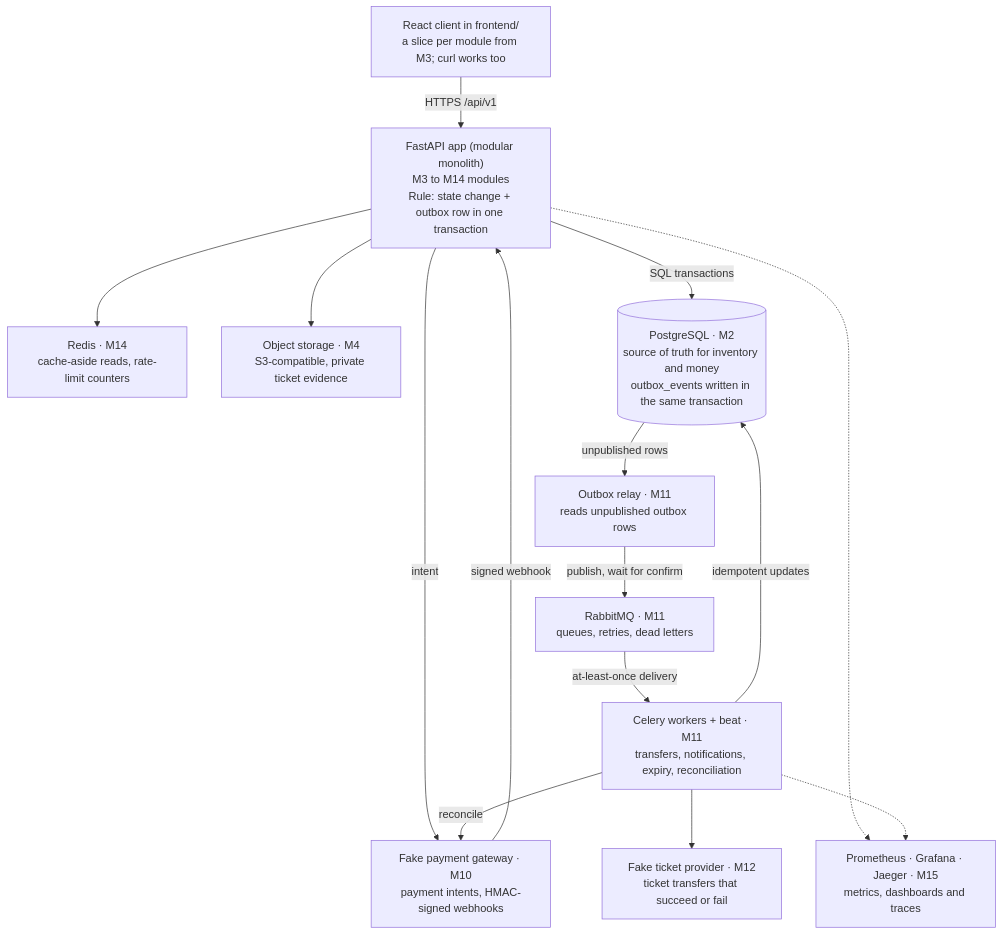
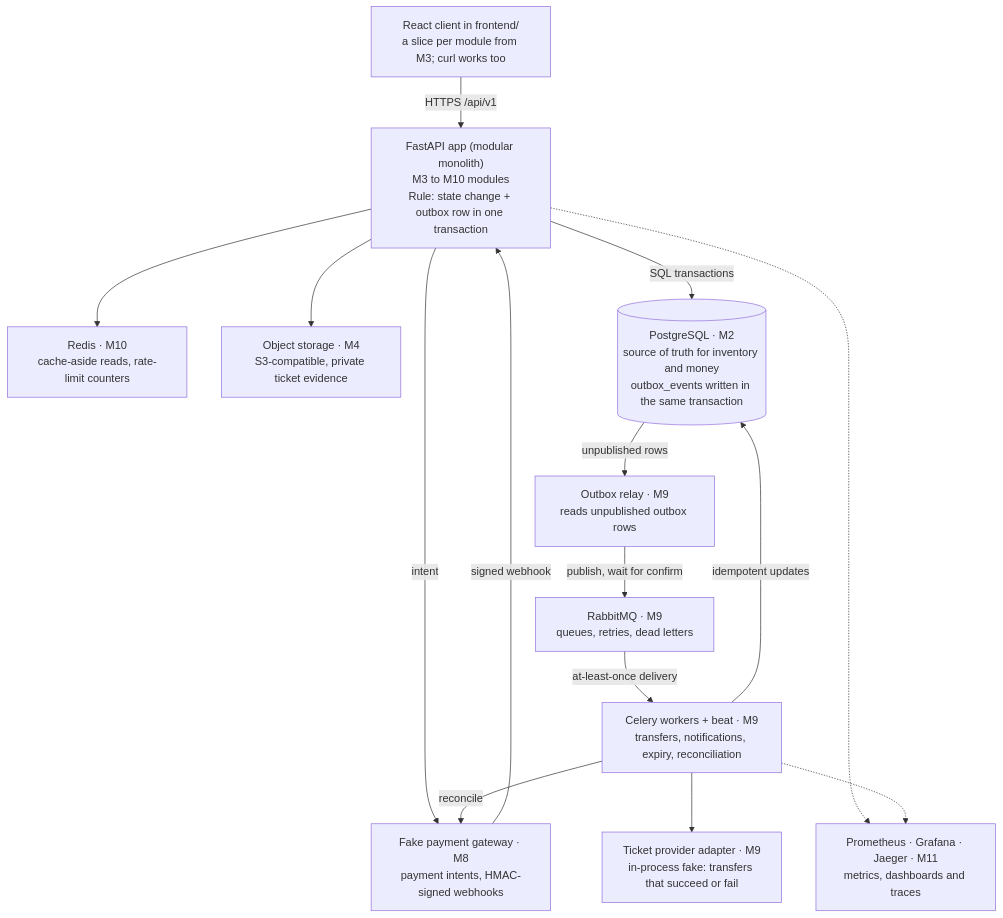
The diagram in build-and-learn-plan.md (asw-beep/TicketLoop), drawn with Mermaid before and after one commit. The commit also changed other lines of this file and 11 other files, not shown here.

First line of the commit message:
Plan: slim the roadmap to seven modules

````diff
--- a/build-and-learn-plan.md
+++ b/build-and-learn-plan.md
@@ -52,29 +52,29 @@
 ```mermaid
 flowchart TB
     client["React client in frontend/<br/>a slice per module from M3; curl works too"]
-    api["FastAPI app (modular monolith)<br/>M3 to M14 modules<br/>Rule: state change + outbox row in one transaction"]
-    gw["Fake payment gateway · M10<br/>payment intents, HMAC-signed webhooks"]
-    redis["Redis · M14<br/>cache-aside reads, rate-limit counters"]
+    api["FastAPI app (modular monolith)<br/>M3 to M10 modules<br/>Rule: state change + outbox row in one transaction"]
+    gw["Fake payment gateway · M8<br/>payment intents, HMAC-signed webhooks"]
+    redis["Redis · M10<br/>cache-aside reads, rate-limit counters"]
     storage["Object storage · M4<br/>S3-compatible, private ticket evidence"]
     pg[("PostgreSQL · M2<br/>source of truth for inventory and money<br/>outbox_events written in the same transaction")]
-    relay["Outbox relay · M11<br/>reads unpublished outbox rows"]
-    mq["RabbitMQ · M11<br/>queues, retries, dead letters"]
-    workers["Celery workers + beat · M11<br/>transfers, notifications, expiry, reconciliation"]
-    provider["Fake ticket provider · M12<br/>ticket transfers that succeed or fail"]
-    obs["Prometheus · Grafana · Jaeger · M15<br/>metrics, dashboards and traces"]
+    relay["Outbox relay · M9<br/>reads unpublished outbox rows"]
+    mq["RabbitMQ · M9<br/>queues, retries, dead letters"]
+    workers["Celery workers + beat · M9<br/>transfers, notifications, expiry, reconciliation"]
+    provider["Ticket provider adapter · M9<br/>in-process fake: transfers that succeed or fail"]
+    obs["Prometheus · Grafana · Jaeger · M11<br/>metrics, dashboards and traces"]
 
     client -->|"HTTPS /api/v1"| api
     api -->|intent| gw
     gw -->|signed webhook| api
     api --> redis
     api --> storage
     api -->|SQL transactions| pg
     pg -->|unpublished rows| relay
     relay -->|publish, wait for confirm| mq
     mq -->|at-least-once delivery| workers
     workers -->|idempotent updates| pg
     workers --> provider
     workers -->|reconcile| gw
     api -.-> obs
     workers -.-> obs
 ```
````
